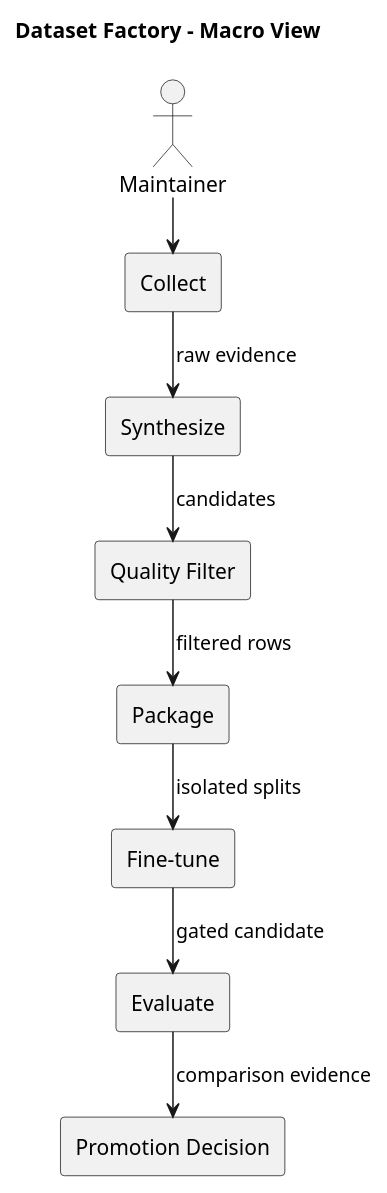
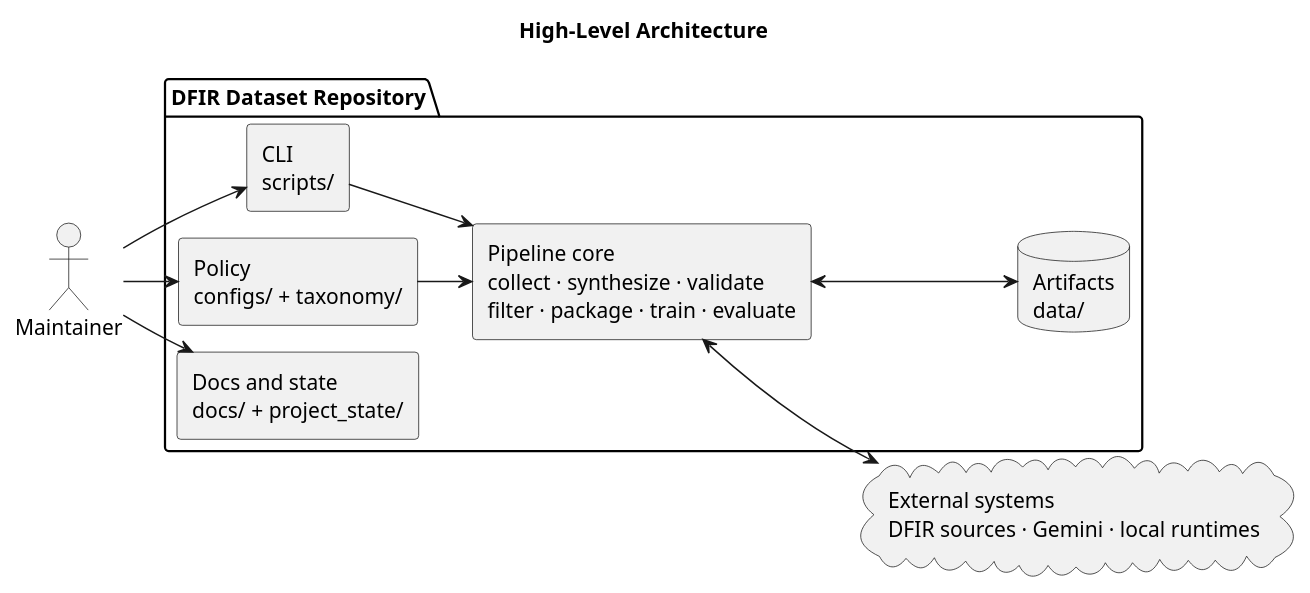
The diagram in docs/diagrams/pipeline-macro.puml (darkrelicz/dfir-dataset), drawn with PlantUML before and after one commit. The commit also changed 2 other files, not shown here.

```diff
--- a/docs/diagrams/pipeline-macro.puml
+++ b/docs/diagrams/pipeline-macro.puml
@@ -1,26 +1,29 @@
 @startuml
 !pragma layout smetana
-title Dataset Factory - Macro View
+title High-Level Architecture
 
 skinparam componentStyle rectangle
 skinparam shadowing false
-top to bottom direction
+left to right direction
 
 actor Maintainer
-[Collect] as Collect
-[Synthesize] as Synthesize
-[Quality Filter] as Quality
-[Package] as Package
-[Fine-tune] as Train
-[Evaluate] as Evaluate
-[Promotion Decision] as Promote
 
-Maintainer --> Collect
-Collect --> Synthesize : raw evidence
-Synthesize --> Quality : candidates
-Quality --> Package : filtered rows
-Package --> Train : isolated splits
-Train --> Evaluate : gated candidate
-Evaluate --> Promote : comparison evidence
+package "DFIR Dataset Repository" {
+  [CLI\nscripts/] as CLI
+  [Policy\nconfigs/ + taxonomy/] as Control
+  [Pipeline core\ncollect · synthesize · validate\nfilter · package · train · evaluate] as Services
+  database "Artifacts\ndata/" as Artifacts
+  [Docs and state\ndocs/ + project_state/] as Knowledge
+}
+
+cloud "External systems\nDFIR sources · Gemini · local runtimes" as External
+
+Maintainer --> CLI
+Maintainer --> Control
+Maintainer --> Knowledge
+CLI --> Services
+Control --> Services
+Services <--> Artifacts
+Services <--> External
 
 @enduml
```
